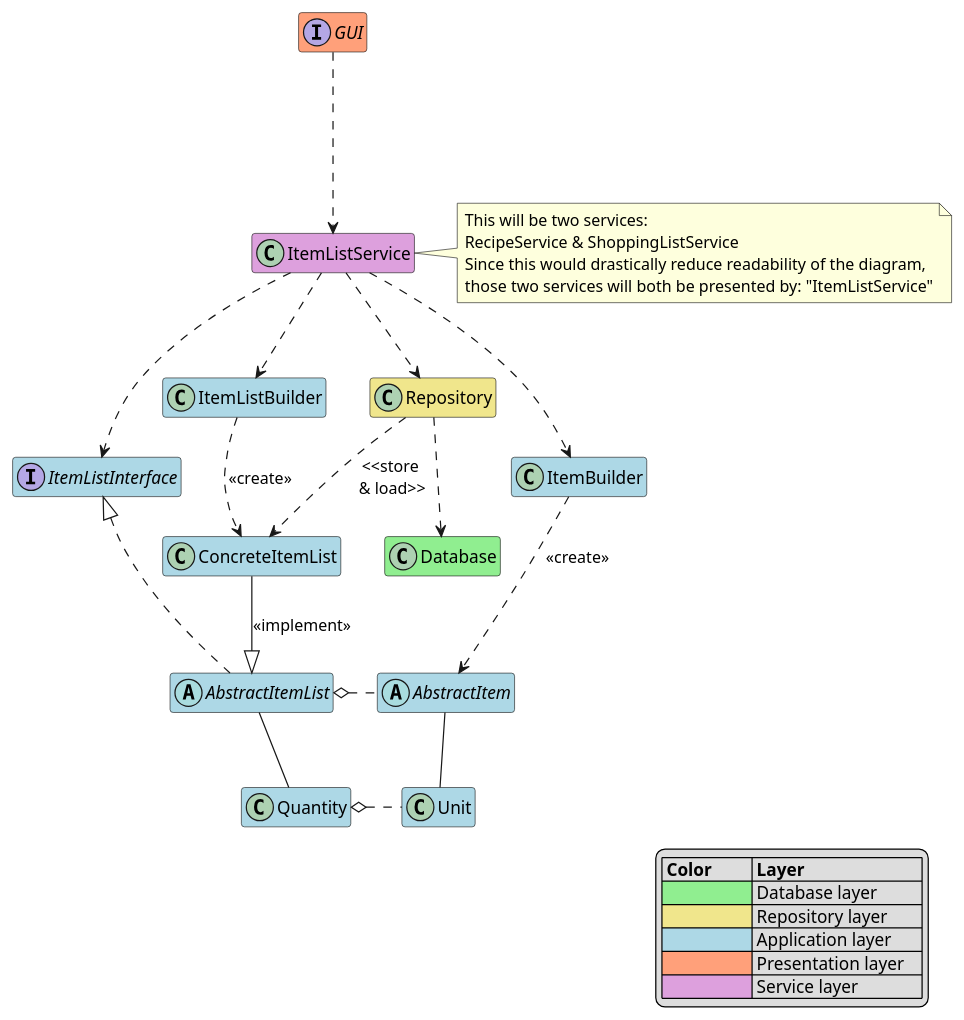
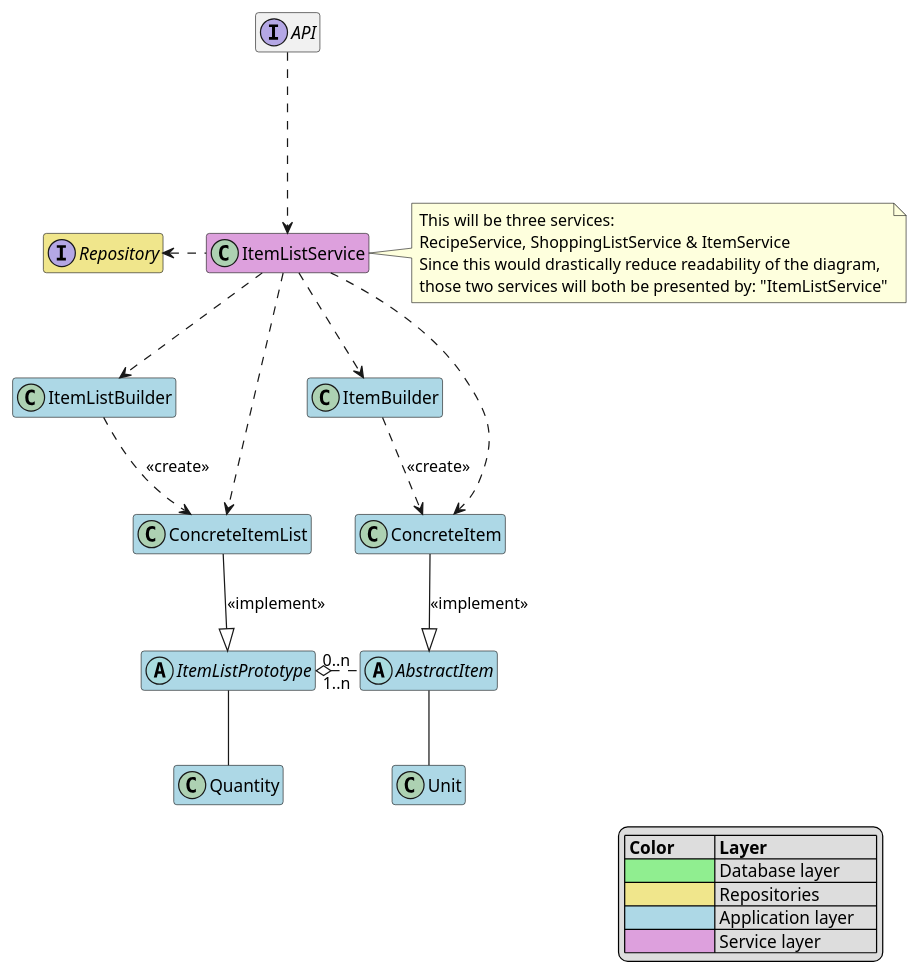
The diagram in Architecture/BlackboxViewApplication.puml (Uhgtred/Recipe_Shopping_List), drawn with PlantUML before and after one commit. The commit also changed other lines of this file and 7 other files, not shown here.

Commit message:
Slight refactoring of the architecture and adding BlackboxViewRepository.puml and SequenceViewApplication.puml

```diff
--- a/Architecture/BlackboxViewApplication.puml
+++ b/Architecture/BlackboxViewApplication.puml
@@ -1,60 +1,57 @@
 @startuml
 hide empty members
 
 
-class Database #lightgreen
+interface API
+API ...> ItemListService
 
-
-interface GUI #lightsalmon
-GUI ...> ItemListService
-
-
-interface ItemListInterface #lightblue
 
 class ItemListBuilder #lightblue
 ItemListBuilder ..> ConcreteItemList: <<create>>
 
 class ConcreteItemList #lightblue
-ConcreteItemList --|> AbstractItemList: <<implement>>
+ConcreteItemList -d-|> ItemListPrototype: <<implement>>
 
 class ItemBuilder #lightblue
-ItemBuilder ..> AbstractItem: <<create>>
+ItemBuilder ..> ConcreteItem: <<create>>
+
+class ConcreteItem #lightblue
+ConcreteItem --|> AbstractItem: <<implement>>
 
 abstract class AbstractItem #lightblue
-AbstractItem .l.o AbstractItemList
+AbstractItem "1..n" .l.o "0..n" ItemListPrototype
 AbstractItem -- Unit
 
-class Repository #khaki
-Repository ..> Database
-Repository ..> ConcreteItemList: <<store \n& load>>
+class Unit #lightblue
+
+interface Repository #khaki
 
 ' This will be two services actually:
 '   RecipeService
 '   ShoppingListService
+'   ItemService
 ' Since this would drastically reduce readability of the diagram those two services will both be
 ' presented by "ItemListService"
 class ItemListService #plum {
 }
-ItemListService ..> ItemListInterface
+ItemListService .l.> Repository
 ItemListService ..> ItemListBuilder
-ItemListService ..> Repository
 ItemListService ..> ItemBuilder
-note right of ItemListService: This will be two services: \nRecipeService & ShoppingListService \nSince this would drastically reduce readability of the diagram, \nthose two services will both be presented by: "ItemListService"
+ItemListService ..> ConcreteItemList
+ItemListService ..> ConcreteItem
 
-abstract class AbstractItemList #lightblue
-AbstractItemList .l.|> ItemListInterface
-AbstractItemList -- Quantity
+note right of ItemListService: This will be three services: \nRecipeService, ShoppingListService & ItemService \nSince this would drastically reduce readability of the diagram, \nthose two services will both be presented by: "ItemListService"
+
+abstract class ItemListPrototype #lightblue
+ItemListPrototype -- Quantity
 
 class Quantity #lightblue
-Quantity o.r. Unit
 
-class Unit #lightblue
 legend bottom right
 | **Color**         | **Layer**             |
 | <#lightgreen>     | Database layer        |
-| <#khaki>          | Repository layer      |
+| <#khaki>          | Repositories          |
 | <#lightblue>      | Application layer     |
-| <#lightsalmon>    | Presentation layer    |
 | <#plum>           | Service layer         |
 end legend
 @enduml
```
